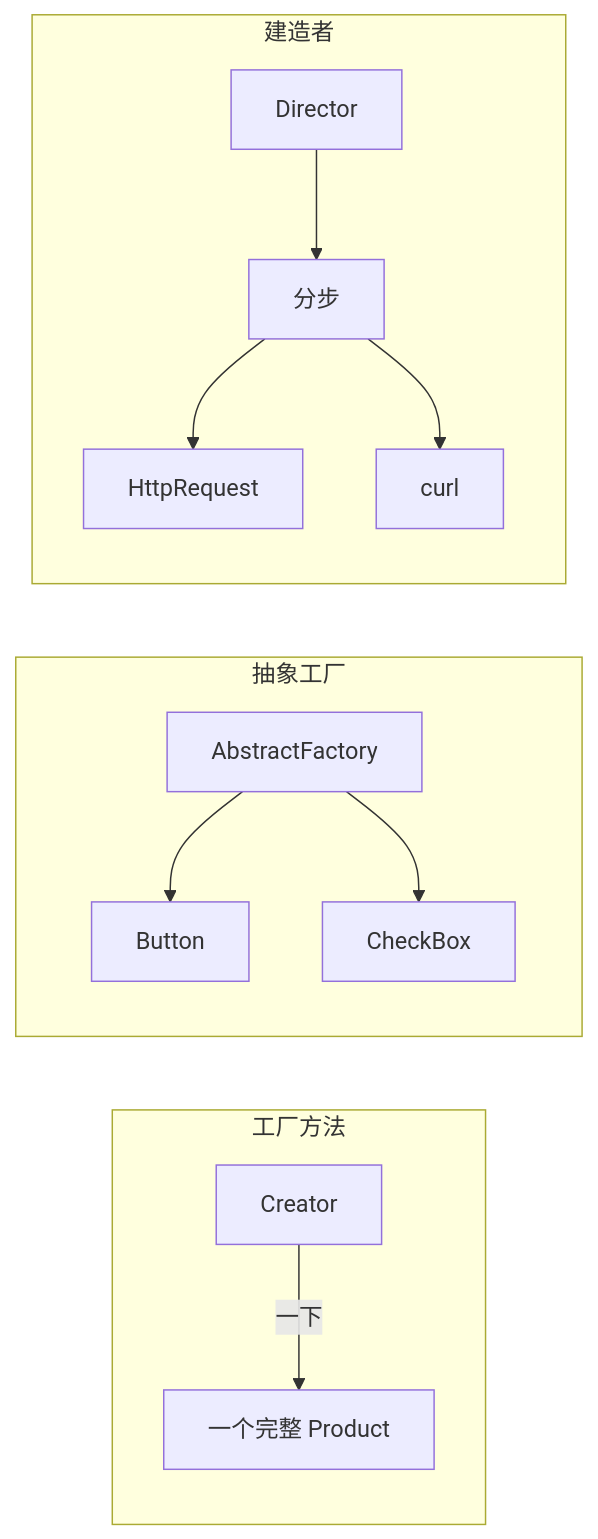
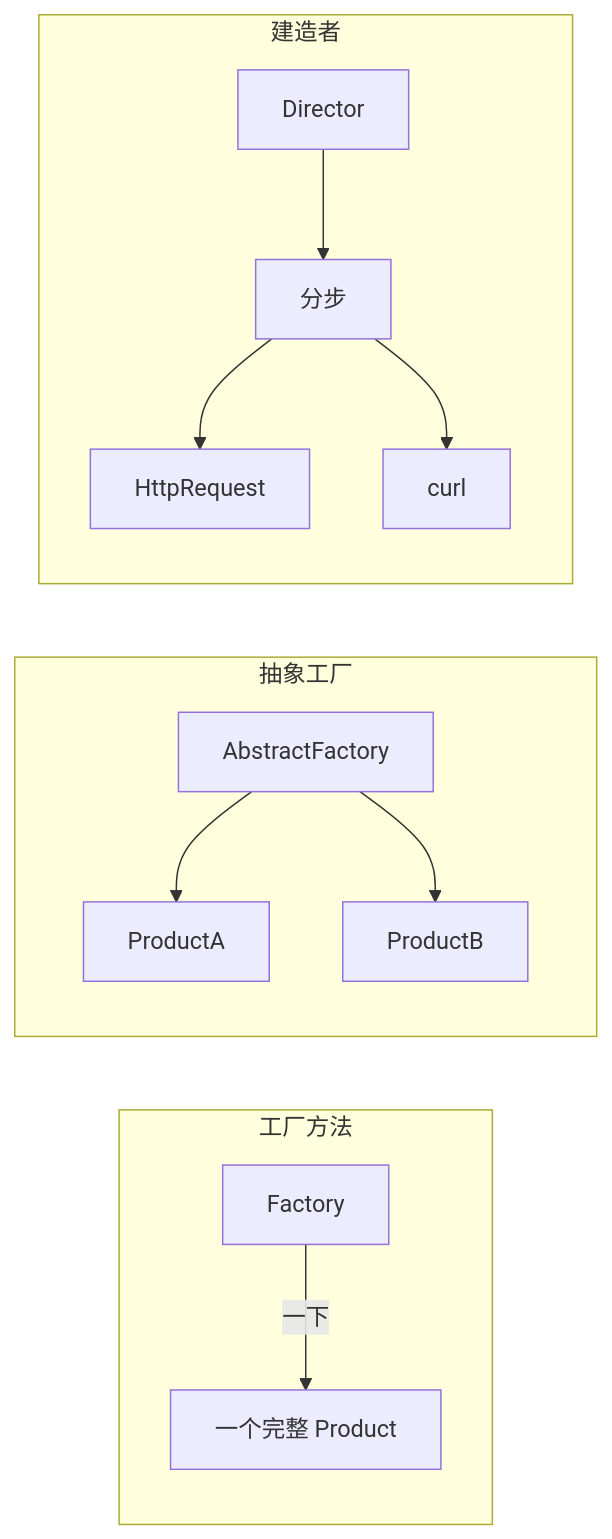
Before and after one commit to zackdlut/design_pattern: the ninth of 9 diagrams in docs/creational/builder.md, drawn with Mermaid. The commit also changed other lines of this file and 12 other files, not shown here.

````diff
--- a/docs/creational/builder.md
+++ b/docs/creational/builder.md
@@ -361,15 +361,15 @@
 ```mermaid
 flowchart LR
   subgraph FM[工厂方法]
-    C1[Creator] -->|一下| P1[一个完整 Product]
+    C1[Factory] -->|一下| P1[一个完整 Product]
   end
   subgraph AF[抽象工厂]
-    F2[AbstractFactory] --> B[Button]
-    F2 --> X[CheckBox]
+    F2[AbstractFactory] --> B[ProductA]
+    F2 --> X[ProductB]
   end
   subgraph BD[建造者]
     D[Director] --> S[分步]
     S --> H[HttpRequest]
     S --> C[curl]
   end
 ```
````
